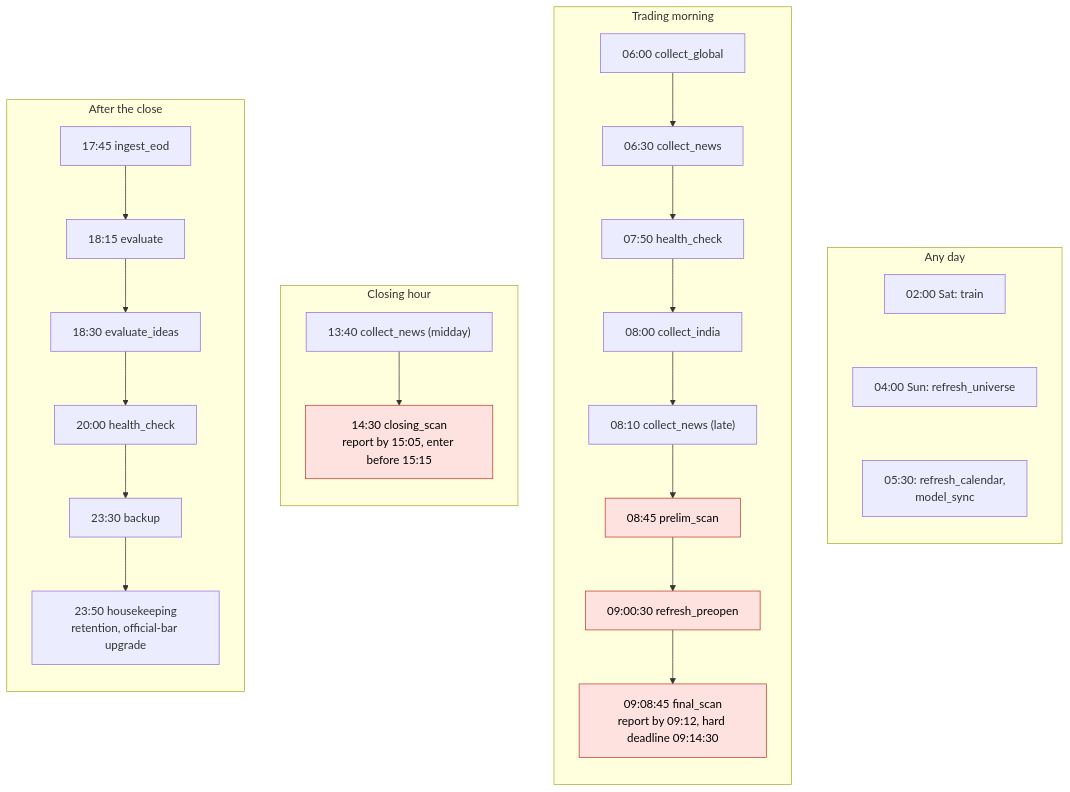
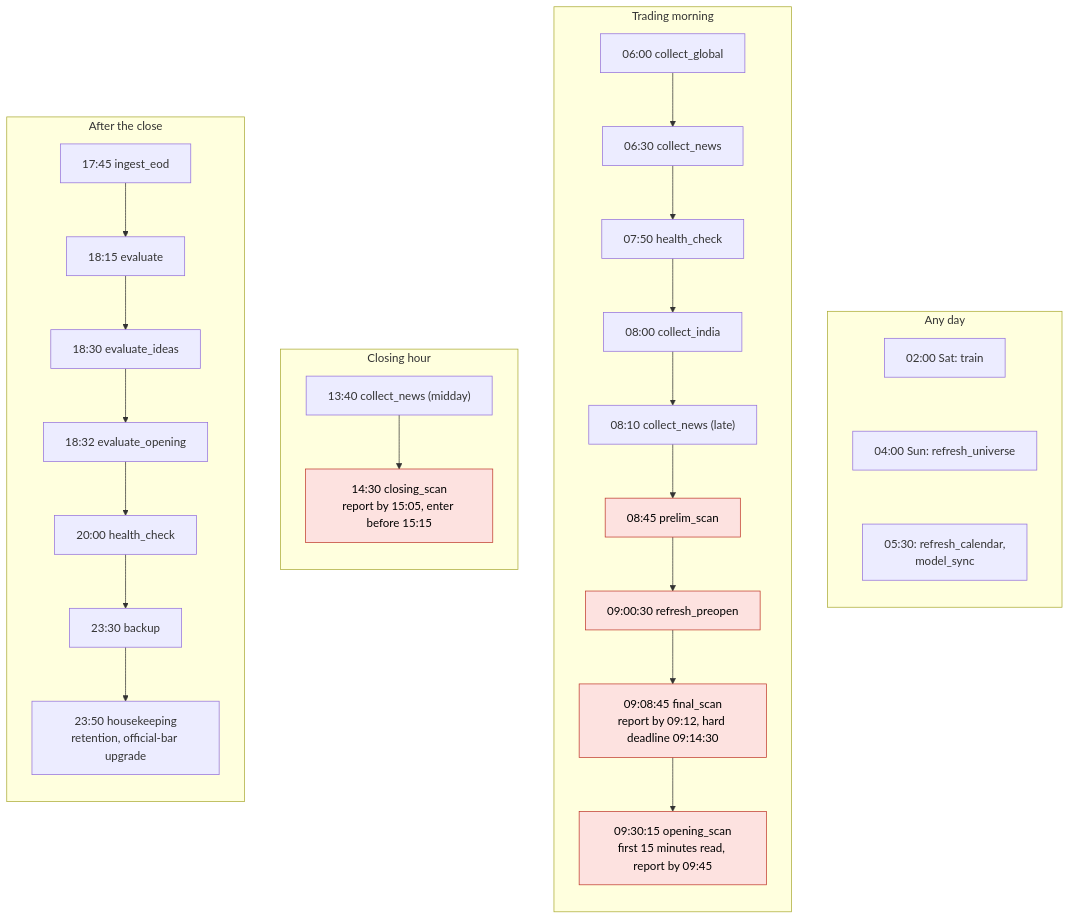
Before and after one commit to amansoni7477030/MonsterStock_AI: the third of 3 diagrams in MONSTER-AI/README.md, drawn with Mermaid. The commit also changed other lines of this file and 53 other files, not shown here.

````diff
--- a/MONSTER-AI/README.md
+++ b/MONSTER-AI/README.md
@@ -185,31 +199,33 @@
 ```mermaid
 flowchart TB
     subgraph EARLY["Any day"]
         direction TB
         N1["02:00 Sat: train"] ~~~ N2["04:00 Sun: refresh_universe"] ~~~ N3["05:30: refresh_calendar,<br/>model_sync"]
     end
     subgraph MORN["Trading morning"]
         direction TB
         M1["06:00 collect_global"] --> M2["06:30 collect_news"]
         M2 --> M3["07:50 health_check"]
         M3 --> M4["08:00 collect_india"]
         M4 --> M5["08:10 collect_news (late)"]
         M5 --> M6["08:45 prelim_scan"]
         M6 --> M7["09:00:30 refresh_preopen"]
         M7 --> M8["09:08:45 final_scan<br/>report by 09:12, hard deadline 09:14:30"]
+        M8 --> M9["09:30:15 opening_scan<br/>first 15 minutes read, report by 09:45"]
     end
     subgraph MID["Closing hour"]
         direction TB
         C1["13:40 collect_news (midday)"] --> C2["14:30 closing_scan<br/>report by 15:05, enter before 15:15"]
     end
     subgraph EVE["After the close"]
         direction TB
         E1["17:45 ingest_eod"] --> E2["18:15 evaluate"]
         E2 --> E2B["18:30 evaluate_ideas"]
-        E2B --> E3["20:00 health_check"]
+        E2B --> E2C["18:32 evaluate_opening"]
+        E2C --> E3["20:00 health_check"]
         E3 --> E4["23:30 backup"]
         E4 --> E5["23:50 housekeeping<br/>retention, official-bar upgrade"]
     end
     classDef critical fill:#fde2e0,stroke:#c0392b,color:#000
-    class M6,M7,M8,C2 critical
+    class M6,M7,M8,M9,C2 critical
 ```
````
